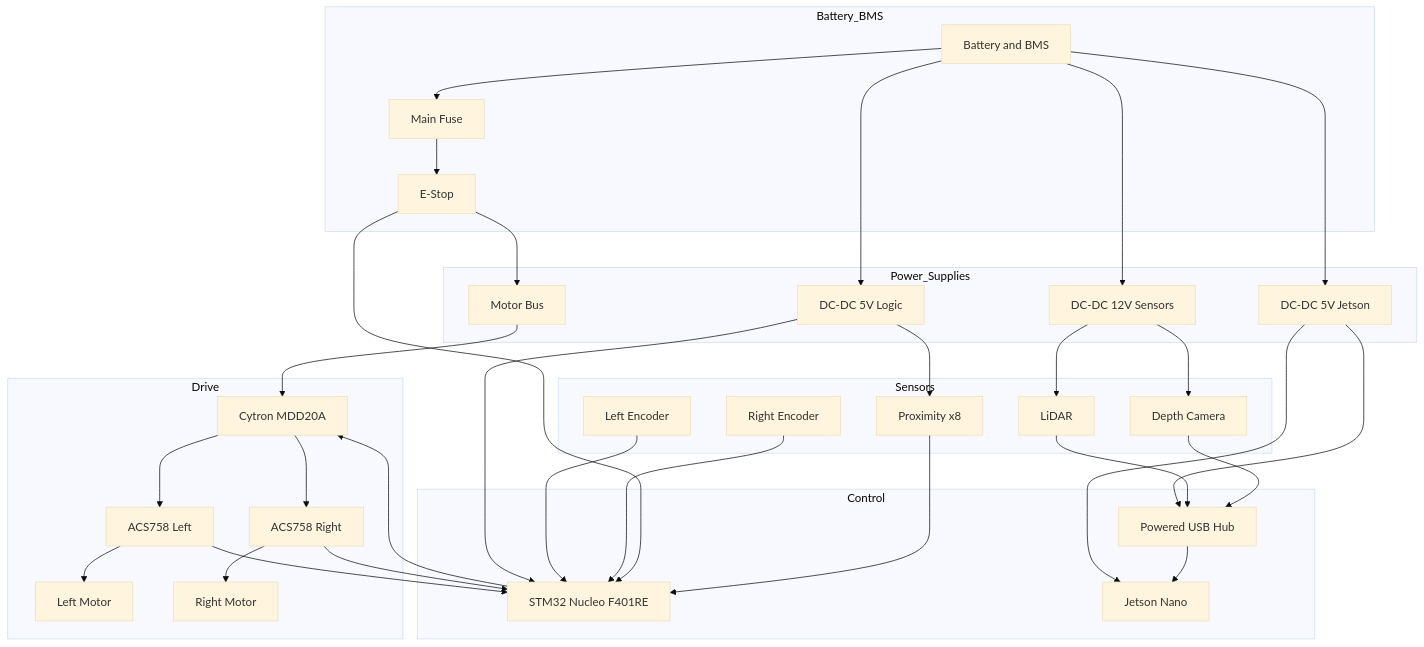
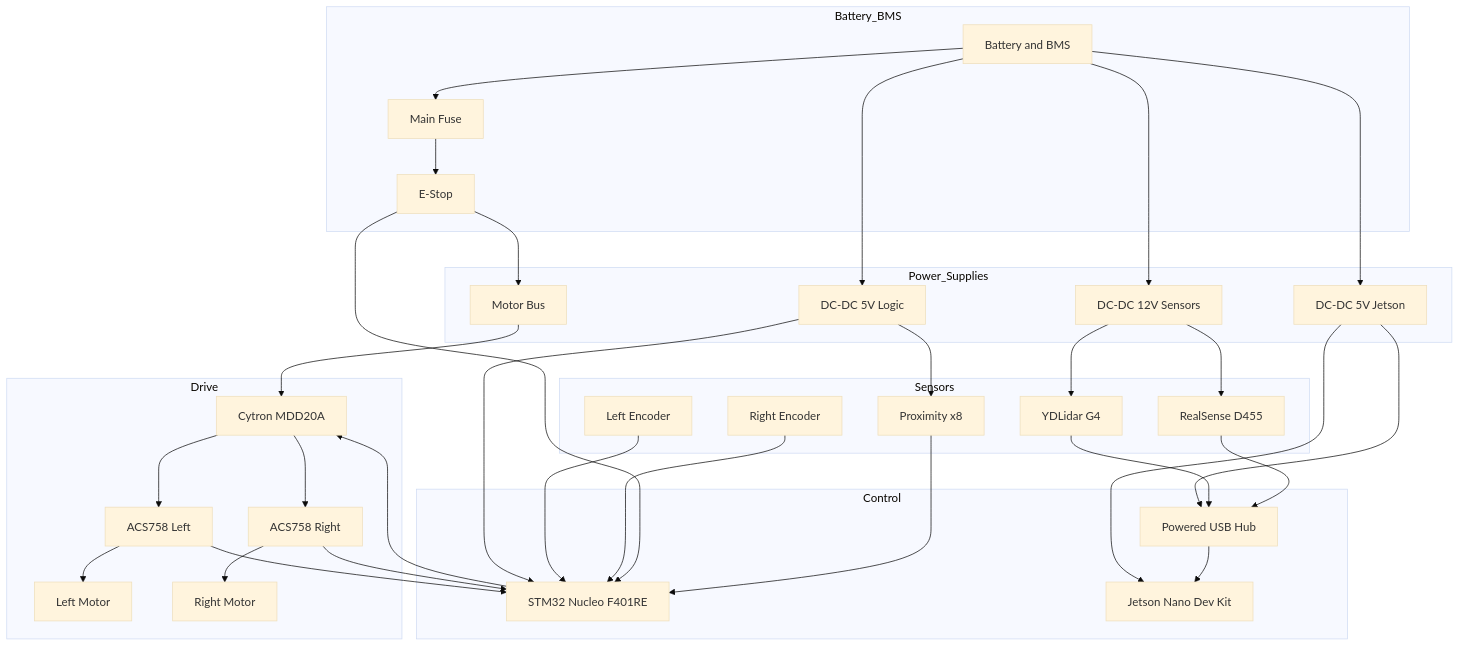
Before and after one commit to KartikMehta-1/AMR-development: the diagram in docs/hardware_block_diagram.md, drawn with Mermaid (base theme). The commit also changed 5 other files, not shown here.

Commit message:
Updated specifications of few components (Lidar, intel depth sense, jetson nano)

````diff
--- a/docs/hardware_block_diagram.md
+++ b/docs/hardware_block_diagram.md
@@ -3,76 +3,76 @@
 ```mermaid
 graph TD
   %% Battery and protections
   subgraph Battery_BMS
     BATT[Battery and BMS]
     FUSE[Main Fuse]
     ESTOP[E-Stop]
     BATT --> FUSE
     FUSE --> ESTOP
   end
 
   %% DC-DC supplies and rails
   subgraph Power_Supplies
     MPBUS[Motor Bus]
     BUCK_JET[DC-DC 5V Jetson]
     BUCK_LOGIC[DC-DC 5V Logic]
     BUCK_12V[DC-DC 12V Sensors]
     ESTOP --> MPBUS
     BATT --> BUCK_JET
     BATT --> BUCK_LOGIC
     BATT --> BUCK_12V
   end
 
   %% Drive system
   subgraph Drive
     MDD[Cytron MDD20A]
     CS_L[ACS758 Left]
     CS_R[ACS758 Right]
     M_L[Left Motor]
     M_R[Right Motor]
     MPBUS --> MDD
     MDD --> CS_L
     CS_L --> M_L
     MDD --> CS_R
     CS_R --> M_R
   end
 
   %% Control and compute
   subgraph Control
     STM[STM32 Nucleo F401RE]
-    JET[Jetson Nano]
+    JET[Jetson Nano Dev Kit]
     USBHUB[Powered USB Hub]
   end
 
   %% Sensors
   subgraph Sensors
     ENC_L[Left Encoder]
     ENC_R[Right Encoder]
-    LIDAR[LiDAR]
-    DEPTH[Depth Camera]
+    LIDAR[YDLidar G4]
+    DEPTH[RealSense D455]
     PROX[Proximity x8]
   end
 
   %% Power distribution
   BUCK_JET --> JET
   BUCK_JET --> USBHUB
   BUCK_LOGIC --> STM
   BUCK_LOGIC --> PROX
   BUCK_12V --> LIDAR
   BUCK_12V --> DEPTH
 
   %% Control and signals
   STM --> MDD
   ENC_L --> STM
   ENC_R --> STM
   CS_L --> STM
   CS_R --> STM
   ESTOP --> STM
 
   LIDAR --> USBHUB
   DEPTH --> USBHUB
   USBHUB --> JET
 
   %% Proximity sensors go to STM32
   PROX --> STM
 ```
````
